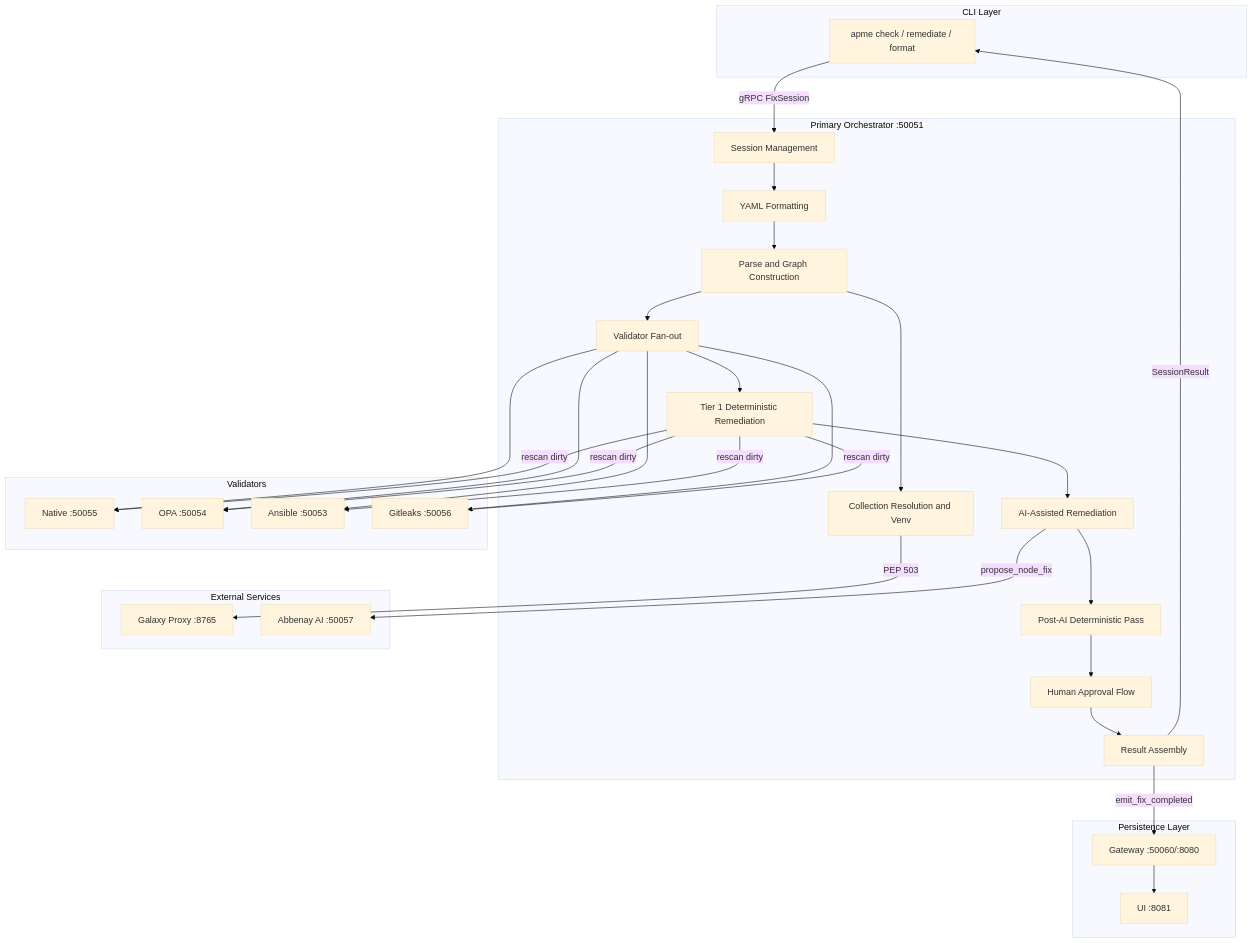
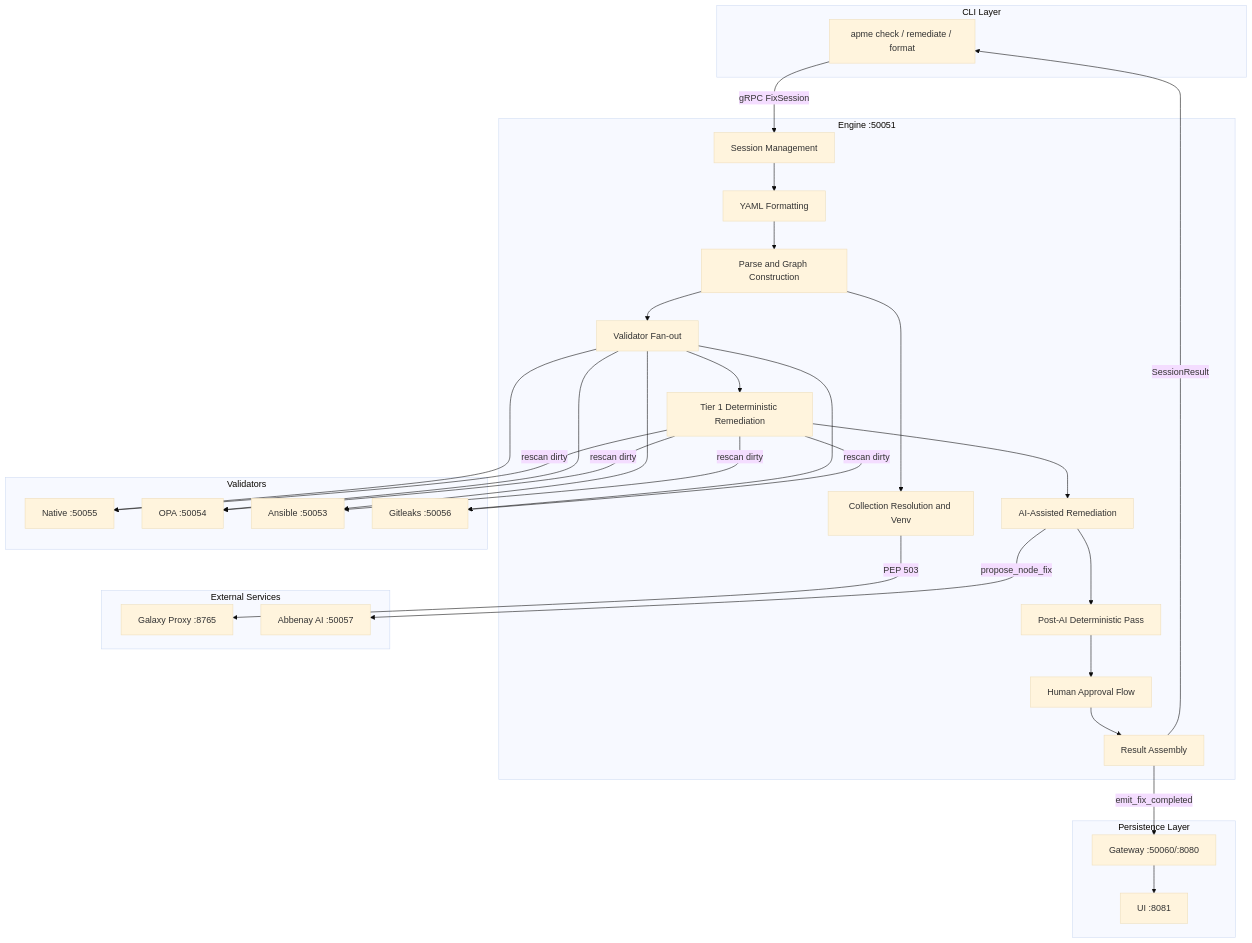
One commit to ansible/apme changed the diagram in docs/architecture/README.md. Above: the diagram before and after it, drawn with Mermaid (base theme). The commit also changed 218 other files, not shown here.

First line of the commit message:
refactor: rename Primary orchestrator to Engine (#500)

````diff
--- a/docs/architecture/README.md
+++ b/docs/architecture/README.md
@@ -18,54 +18,54 @@
 ```mermaid
 flowchart TD
     subgraph cli [CLI Layer]
         A[apme check / remediate / format]
     end
 
-    subgraph primary [Primary Orchestrator :50051]
+    subgraph engine [Engine :50051]
         B[Session Management]
         C[YAML Formatting]
         D[Parse and Graph Construction]
         E[Collection Resolution and Venv]
         F[Validator Fan-out]
         G[Tier 1 Deterministic Remediation]
         H[AI-Assisted Remediation]
         I[Post-AI Deterministic Pass]
         J[Human Approval Flow]
         K[Result Assembly]
     end
 
     subgraph validators [Validators]
         F1[Native :50055]
         F2[OPA :50054]
         F3[Ansible :50053]
         F4[Gitleaks :50056]
     end
 
     subgraph external [External Services]
         GP[Galaxy Proxy :8765]
         AB[Abbenay AI :50057]
     end
 
     subgraph persistence [Persistence Layer]
         GW[Gateway :50060/:8080]
         UI[UI :8081]
     end
 
     A -->|gRPC FixSession| B
     B --> C
     C --> D
     D --> E
     E -->|PEP 503| GP
     D --> F
     F --> F1 & F2 & F3 & F4
     F --> G
     G -->|rescan dirty| F1 & F2 & F3 & F4
     G --> H
     H -->|propose_node_fix| AB
     H --> I
     I --> J
     J --> K
     K -->|emit_fix_completed| GW
     GW --> UI
     K -->|SessionResult| A
 ```
````
